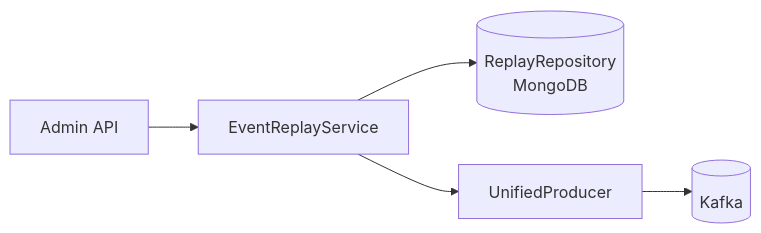
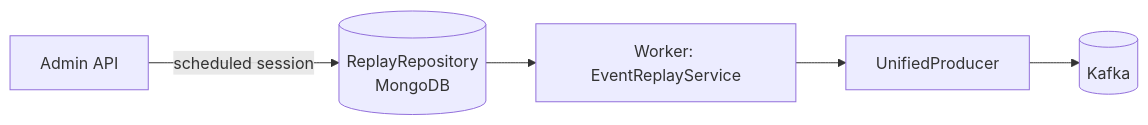
The diagram in docs/architecture/kafka-topic-architecture.md (HardMax71/Integr8sCode), drawn with Mermaid before and after one commit. The commit also changed other lines of this file and 50 other files, not shown here.

First line of the commit message:
fix: replays run in the worker from a scheduled session, and the admin replay publishes to Kafka (#433)

````diff
--- a/docs/architecture/kafka-topic-architecture.md
+++ b/docs/architecture/kafka-topic-architecture.md
@@ -50,7 +50,7 @@
 ```mermaid
 graph LR
-    Admin[Admin API] --> ReplayService[EventReplayService]
-    ReplayService --> ReplayRepo[(ReplayRepository<br/>MongoDB)]
+    Admin[Admin API] -->|scheduled session| ReplayRepo[(ReplayRepository<br/>MongoDB)]
+    ReplayRepo --> ReplayService[Worker: EventReplayService]
     ReplayService --> Producer[UnifiedProducer]
     Producer --> Kafka[(Kafka)]
 ```
````
